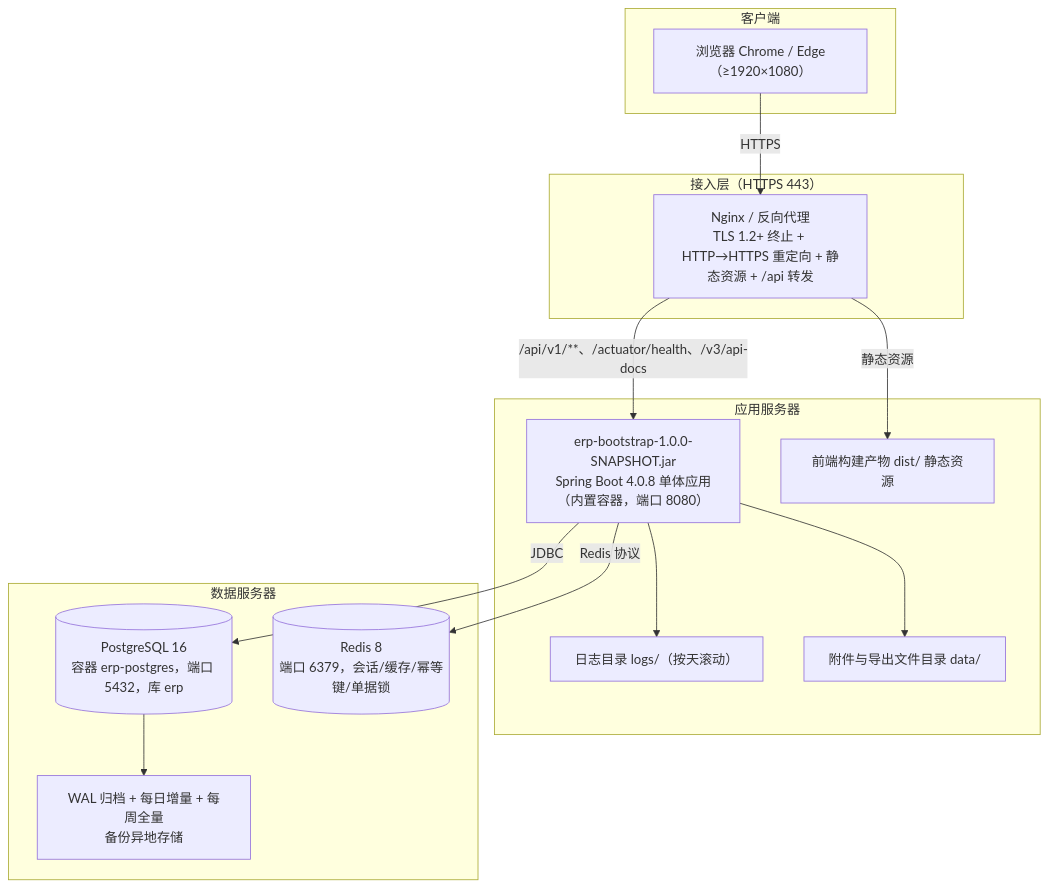
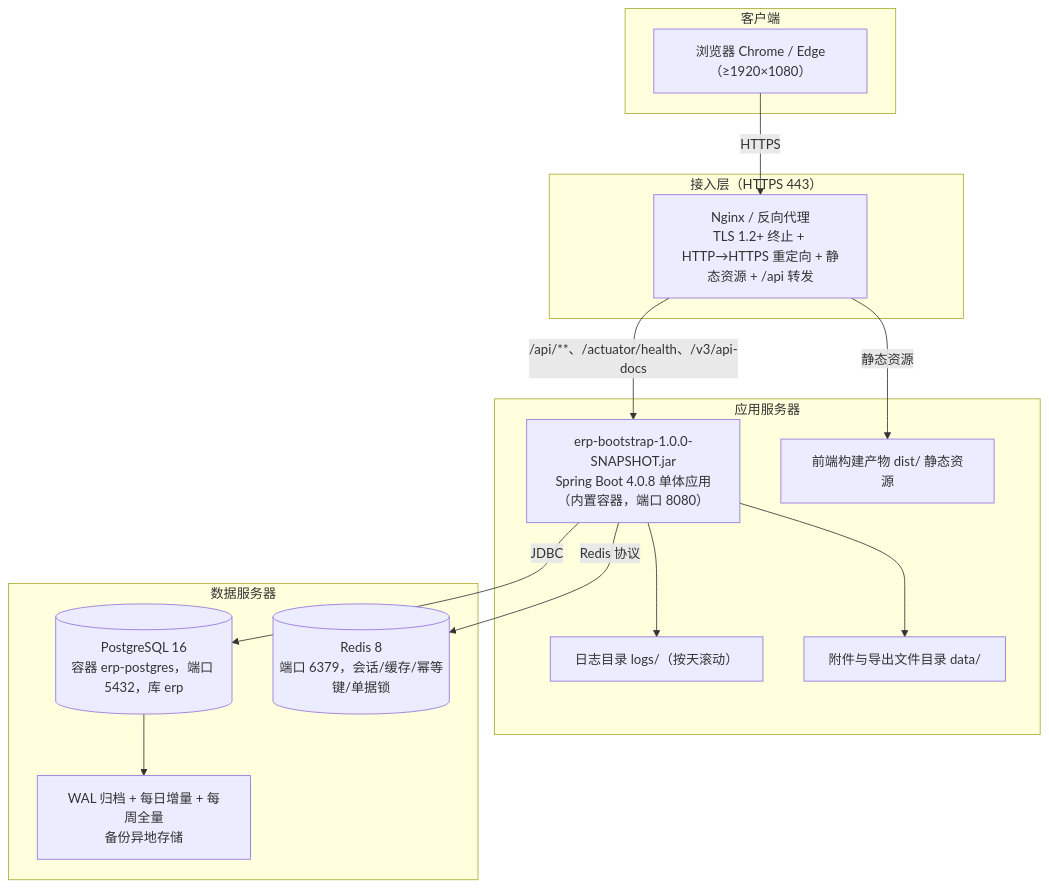
One commit to north30-dev/north30-erp-project changed the eighth of 8 diagrams in docs/phase2-system-design/01-概要设计说明书.md. Above: the diagram before and after it, drawn with Mermaid. The commit also changed other lines of this file and 10 other files, not shown here.

````diff
--- a/docs/phase2-system-design/01-概要设计说明书.md
+++ b/docs/phase2-system-design/01-概要设计说明书.md
@@ -1144,28 +1144,28 @@
 ```mermaid
 flowchart TB
     subgraph CLIENTL["客户端"]
         BR["浏览器 Chrome / Edge（≥1920×1080）"]
     end
     subgraph DMZL["接入层（HTTPS 443）"]
         NGX["Nginx / 反向代理<br/>TLS 1.2+ 终止 + HTTP→HTTPS 重定向 + 静态资源 + /api 转发"]
     end
     subgraph APPSVRL["应用服务器"]
         JAR["erp-bootstrap-1.0.0-SNAPSHOT.jar<br/>Spring Boot 4.0.8 单体应用（内置容器，端口 8080）"]
         DIST["前端构建产物 dist/ 静态资源"]
         LOGD["日志目录 logs/（按天滚动）"]
         DATAD["附件与导出文件目录 data/"]
     end
     subgraph DATASVRL["数据服务器"]
         PG[("PostgreSQL 16<br/>容器 erp-postgres，端口 5432，库 erp")]
         RD[("Redis 8<br/>端口 6379，会话/缓存/幂等键/单据锁")]
         BAK["WAL 归档 + 每日增量 + 每周全量<br/>备份异地存储"]
     end
     BR -->|"HTTPS"| NGX
     NGX -->|"静态资源"| DIST
-    NGX -->|"/api/v1/**、/actuator/health、/v3/api-docs"| JAR
+    NGX -->|"/api/**、/actuator/health、/v3/api-docs"| JAR
     JAR -->|"JDBC"| PG
     JAR -->|"Redis 协议"| RD
     JAR --> LOGD
     JAR --> DATAD
     PG --> BAK
 ```
````
